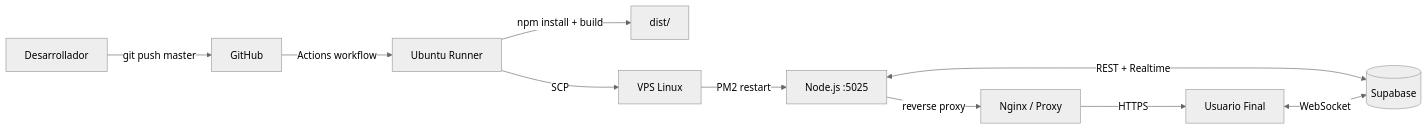
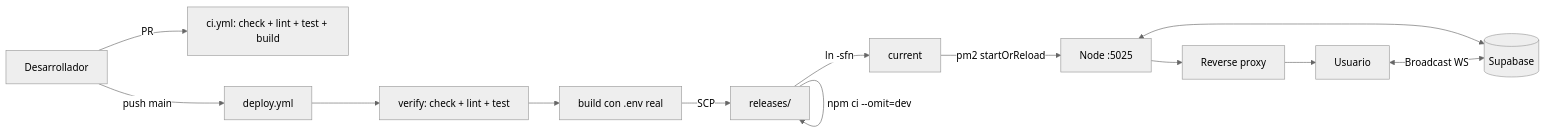
The diagram in docs/INFRA.md (GallardoNr1/gallardo-crowdfunding), drawn with Mermaid (neutral theme) before and after one commit. The commit also changed other lines of this file and 10 other files, not shown here.

````diff
--- a/docs/INFRA.md
+++ b/docs/INFRA.md
@@ -48,12 +68,14 @@
 ```mermaid
 graph LR
-    Dev[Desarrollador] -->|git push master| GH[GitHub]
-    GH -->|Actions workflow| CI[Ubuntu Runner]
-    CI -->|npm install + build| Dist[dist/]
-    CI -->|SCP| VPS[VPS Linux]
-    VPS -->|PM2 restart| Node[Node.js :5025]
-    Node -->|reverse proxy| Nginx[Nginx / Proxy]
-    Nginx -->|HTTPS| User[Usuario Final]
-    Node <-->|REST + Realtime| Supabase[(Supabase)]
-    User <-->|WebSocket| Supabase
+    Dev[Desarrollador] -->|PR| CI[ci.yml: check + lint + test + build]
+    Dev -->|push main| GH[deploy.yml]
+    GH --> Verify[verify: check + lint + test]
+    Verify --> Build[build con .env real]
+    Build -->|SCP| Rel["releases/<sha>"]
+    Rel -->|npm ci --omit=dev| Rel
+    Rel -->|ln -sfn| Cur[current]
+    Cur -->|pm2 startOrReload| Node[Node :5025]
+    Node --> Nginx[Reverse proxy] --> User[Usuario]
+    Node <--> Supabase[(Supabase)]
+    User <-->|Broadcast WS| Supabase
 ```
````
